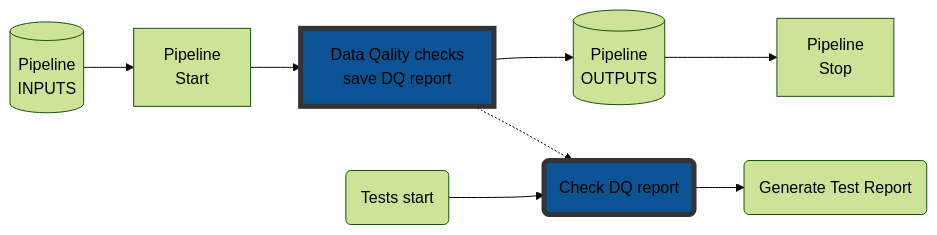
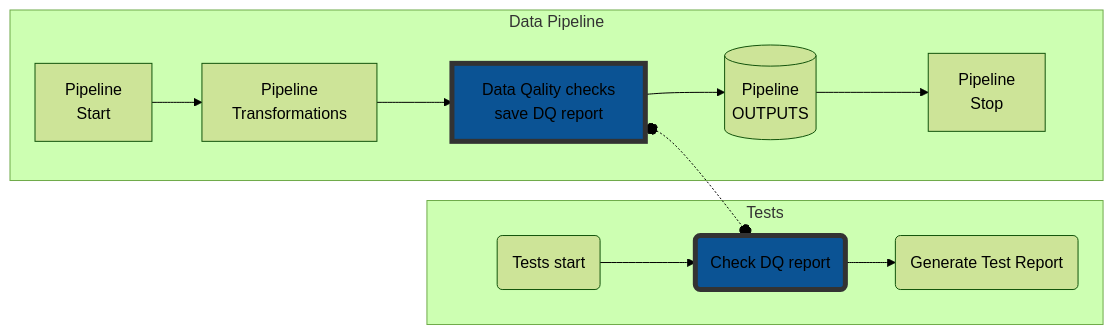
Before and after one commit to kravchenkog/dq_integration_example: the first of 2 diagrams in README.md, drawn with Mermaid (forest theme). The commit also changed other lines of this file, not shown here.

````diff
--- a/README.md
+++ b/README.md
@@ -26,11 +26,16 @@
 ```mermaid
     flowchart LR
     style C fill:#0b5394,stroke:#333,stroke-width:5px
     style G fill:#0b5394,stroke:#333,stroke-width:5px
-    A[(Pipeline </br>INPUTS)] --> B[Pipeline</br> Start]
+    
+    subgraph Data Pipeline
+    A[Pipeline</br> Start] --> B[Pipeline</br> Transformations]
     B --> C[Data Qality checks </br> save DQ report]
     C --> D[(Pipeline </br>OUTPUTS)] --> E[Pipeline</br> Stop]
+    end
+    subgraph Tests
     F(Tests start) --> G(Check DQ report) --> H(Generate Test Report)
-    C-.->G
+    C o-.-o G
+    end
 
 ```
````
